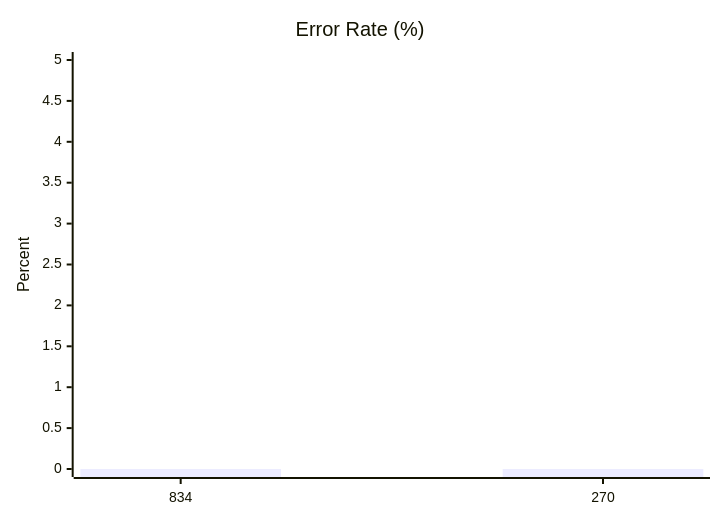
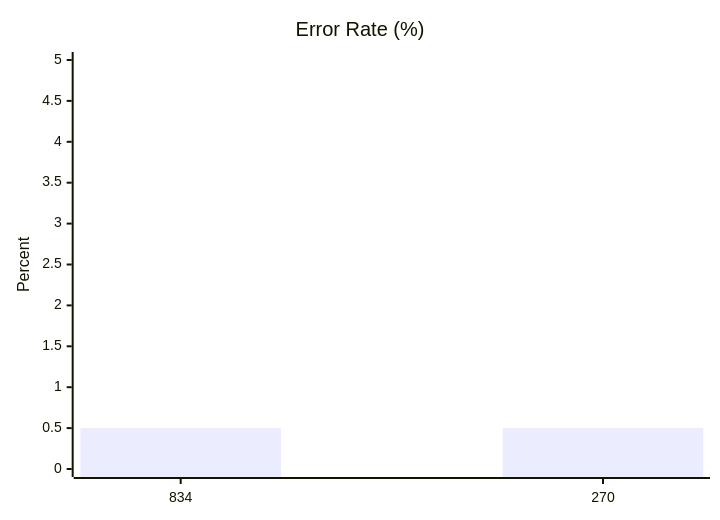
Before and after one commit to dhagan-va/intern-2025: the fourth of 10 diagrams in test-tools/DataGen/src/Statistics_Visualizer.md, drawn with Mermaid. The commit also changed other lines of this file and 2 other files, not shown here.

````diff
--- a/test-tools/DataGen/src/Statistics_Visualizer.md
+++ b/test-tools/DataGen/src/Statistics_Visualizer.md
@@ -47,7 +47,7 @@
 ```mermaid
 xychart-beta
     title "Error Rate (%)"
     x-axis ["834", "270"]
     y-axis "Percent" 0 --> 5
-    bar [0, 0]
+    bar [0.5, 0.5]
 ```
````
